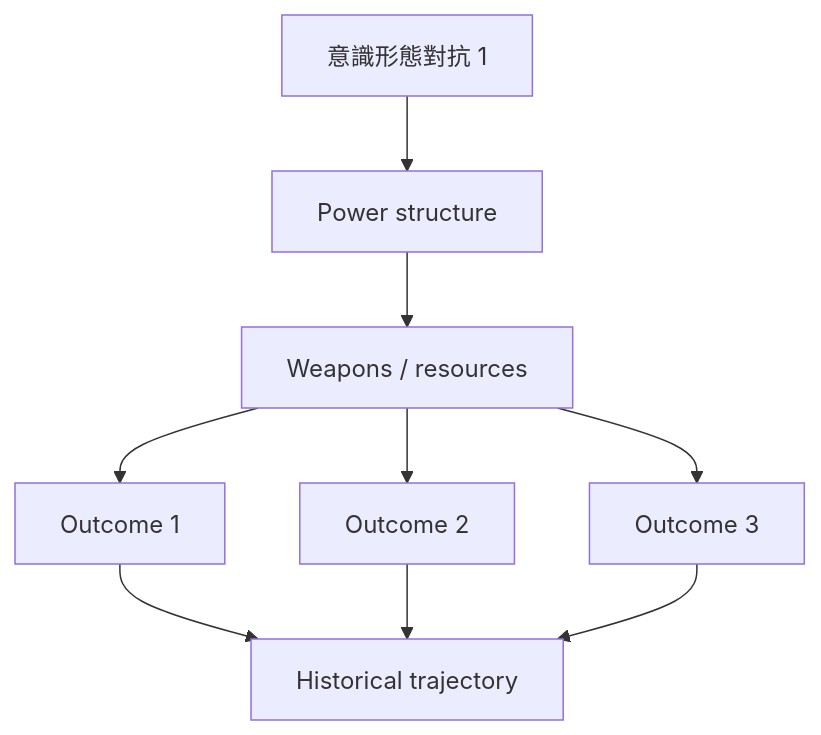
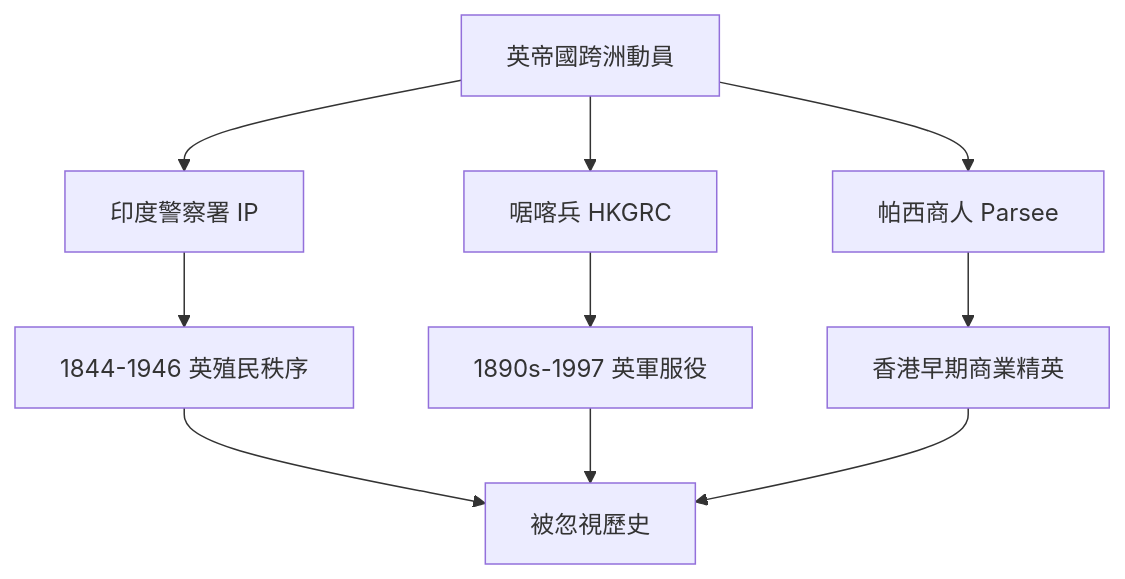
Before and after one commit to yip-lgtm/HKU-Harvard-History-Self-Study: the second of 10 diagrams in 01_HKU_Courses/HIST4038_Migration_and_Archives.md, drawn with Mermaid. The commit also changed other lines of this file and 65 other files, not shown here.

````diff
--- a/01_HKU_Courses/HIST4038_Migration_and_Archives.md
+++ b/01_HKU_Courses/HIST4038_Migration_and_Archives.md
@@ -146,11 +186,12 @@
 ```mermaid
-graph TD
-    A[意識形態對抗 1] --> B[Power structure]
-    B --> C[Weapons / resources]
-    C --> D[Outcome 1]
-    C --> E[Outcome 2]
-    C --> F[Outcome 3]
-    D --> G[Historical trajectory]
-    E --> G
-    F --> G
+flowchart TD
+    A[英帝國跨洲動員] --> B[印度警察署 IP]
+    B --> C[1844-1946 英殖民秩序]
+    A --> D[啹喀兵 HKGRC]
+    D --> E[1890s-1997 英軍服役]
+    A --> F[帕西商人 Parsee]
+    F --> G[香港早期商業精英]
+    C --> H[被忽視歷史]
+    E --> H
+    G --> H
 ```
````
